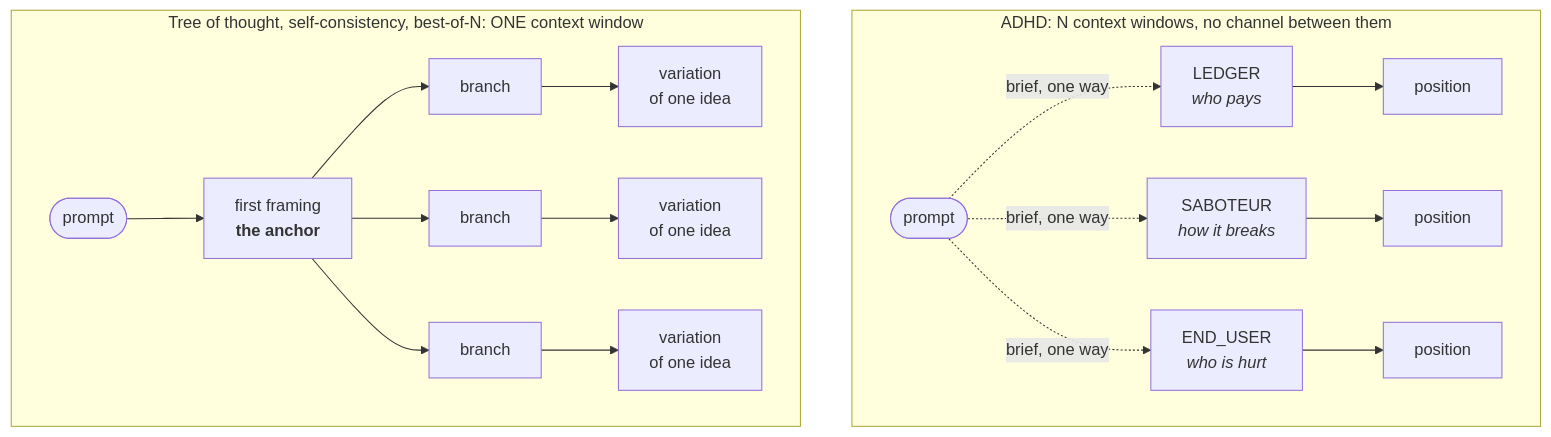
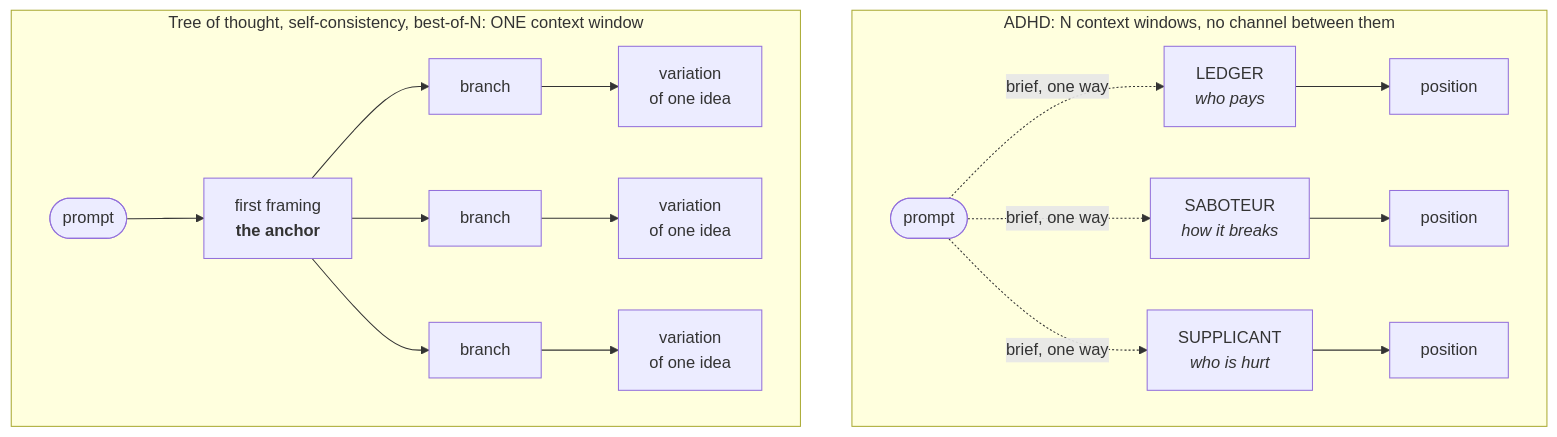
Before and after one commit to drewc611/Ai-adhd: the first of 7 diagrams in README.md, drawn with Mermaid. The commit also changed other lines of this file and 24 other files, not shown here.

````diff
--- a/README.md
+++ b/README.md
@@ -18,17 +18,17 @@
 ```mermaid
 flowchart LR
   subgraph tot["Tree of thought, self-consistency, best-of-N: ONE context window"]
     direction LR
     P1(["prompt"]) --> S1["first framing<br/><b>the anchor</b>"]
     S1 --> B1["branch"] --> R1["variation<br/>of one idea"]
     S1 --> B2["branch"] --> R2["variation<br/>of one idea"]
     S1 --> B3["branch"] --> R3["variation<br/>of one idea"]
   end
   subgraph adhd["ADHD: N context windows, no channel between them"]
     direction LR
     P2(["prompt"]) -.->|"brief, one way"| C1["LEDGER<br/><i>who pays</i>"] --> O1["position"]
     P2 -.->|"brief, one way"| C2["SABOTEUR<br/><i>how it breaks</i>"] --> O2["position"]
-    P2 -.->|"brief, one way"| C3["END_USER<br/><i>who is hurt</i>"] --> O3["position"]
+    P2 -.->|"brief, one way"| C3["SUPPLICANT<br/><i>who is hurt</i>"] --> O3["position"]
   end
   R2 ~~~ P2
 ```
````
